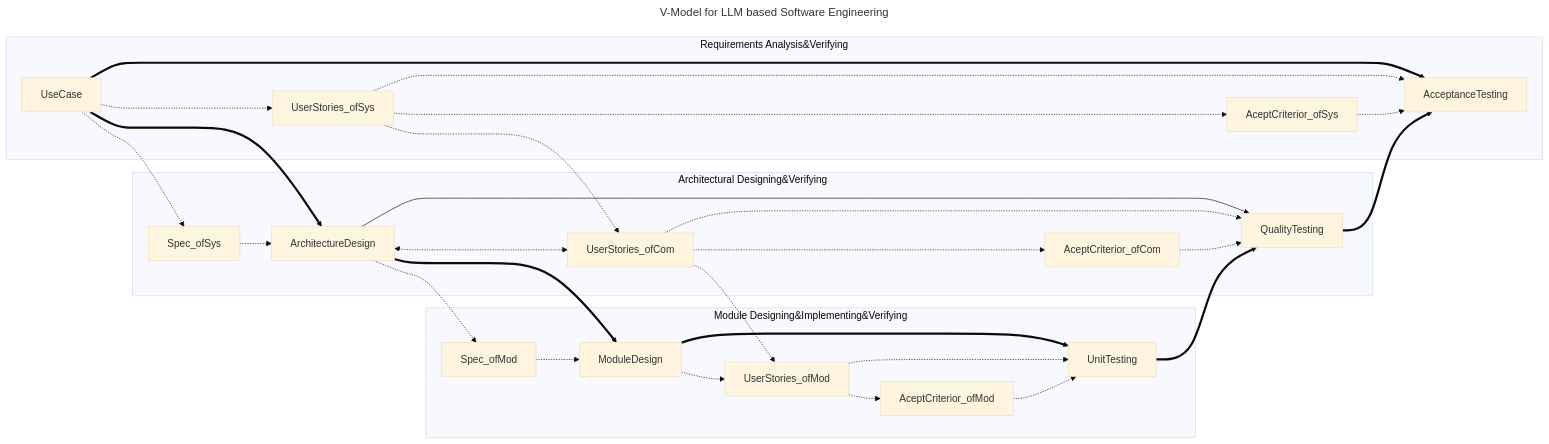
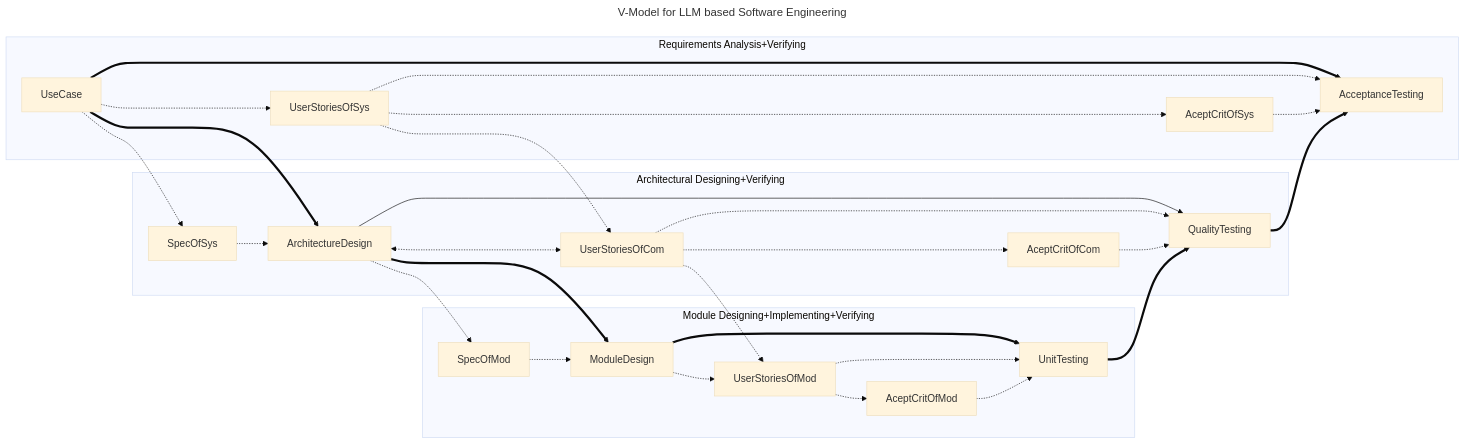
One commit to EnigmaWU/MyIOC_inTDD_withGHC changed the diagram in README_LLMSE.md. Above: the diagram before and after it, drawn with Mermaid (base theme).

Commit message:
Refactor graph labels for better readability and maintainability

````diff
--- a/README_LLMSE.md
+++ b/README_LLMSE.md
@@ -11,44 +11,44 @@
 ```mermaid
 ---
 title: V-Model for LLM based Software Engineering
 ---
 graph LR
-    subgraph "Requirements Analysis&Verifying"
+    subgraph "Requirements Analysis+Verifying"
         UseCase ==> AcceptanceTesting
-        UseCase -.-> UserStories_ofSys
-        UserStories_ofSys -.-> AcceptanceTesting
-        UserStories_ofSys -.-> AceptCriterior_ofSys
-        AceptCriterior_ofSys -.-> AcceptanceTesting
+        UseCase -.-> UserStoriesOfSys
+        UserStoriesOfSys -.-> AcceptanceTesting
+        UserStoriesOfSys -.-> AceptCritOfSys
+        AceptCritOfSys -.-> AcceptanceTesting
         
     end
-    subgraph "Architectural Designing&Verifying"
+    subgraph "Architectural Designing+Verifying"
         UseCase ==> ArchitectureDesign
-        UseCase -.-> Spec_ofSys
-        Spec_ofSys -.-> ArchitectureDesign
+        UseCase -.-> SpecOfSys
+        SpecOfSys -.-> ArchitectureDesign
 
-        ArchitectureDesign <-.-> UserStories_ofCom
+        ArchitectureDesign <-.-> UserStoriesOfCom
         ArchitectureDesign --> QualityTesting
         
-        UserStories_ofSys -..-> UserStories_ofCom
-        UserStories_ofCom -.-> QualityTesting
-        UserStories_ofCom -.-> AceptCriterior_ofCom
+        UserStoriesOfSys -..-> UserStoriesOfCom
+        UserStoriesOfCom -.-> QualityTesting
+        UserStoriesOfCom -.-> AceptCritOfCom
 
-        AceptCriterior_ofCom -.-> QualityTesting
+        AceptCritOfCom -.-> QualityTesting
         QualityTesting ==> AcceptanceTesting
     end
-    subgraph "Module Designing&Implementing&Verifying"
+    subgraph "Module Designing+Implementing+Verifying"
         ArchitectureDesign ==> ModuleDesign
-        ArchitectureDesign -.-> Spec_ofMod
-        Spec_ofMod -.-> ModuleDesign
+        ArchitectureDesign -.-> SpecOfMod
+        SpecOfMod -.-> ModuleDesign
 
         ModuleDesign ==> UnitTesting
-        ModuleDesign -.-> UserStories_ofMod
+        ModuleDesign -.-> UserStoriesOfMod
 
-        UserStories_ofCom -.-> UserStories_ofMod
-        UserStories_ofMod -.-> UnitTesting
-        UserStories_ofMod -.-> AceptCriterior_ofMod
+        UserStoriesOfCom -.-> UserStoriesOfMod
+        UserStoriesOfMod -.-> UnitTesting
+        UserStoriesOfMod -.-> AceptCritOfMod
 
-        AceptCriterior_ofMod -.-> UnitTesting
+        AceptCritOfMod -.-> UnitTesting
         UnitTesting ==> QualityTesting
     end
 ```
````
